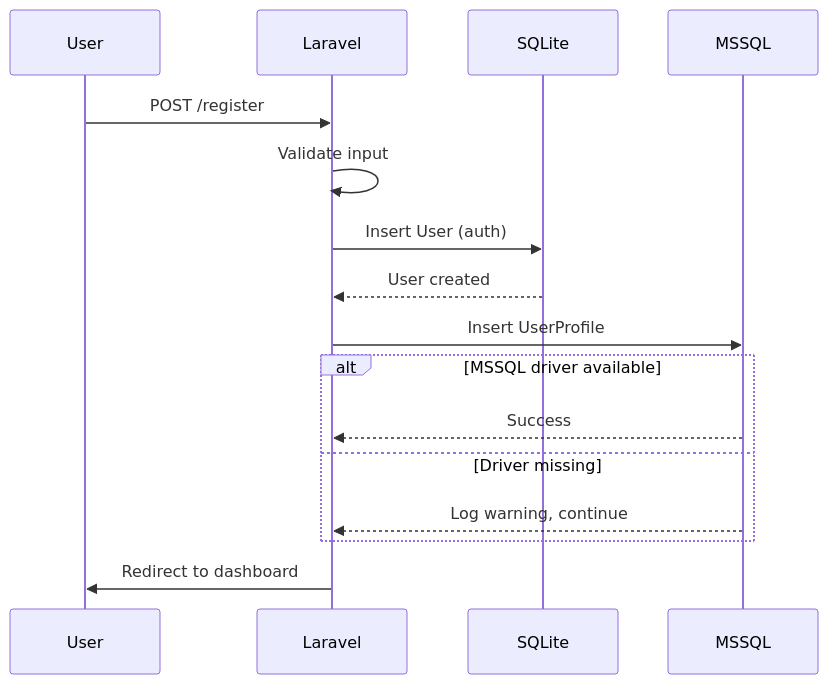
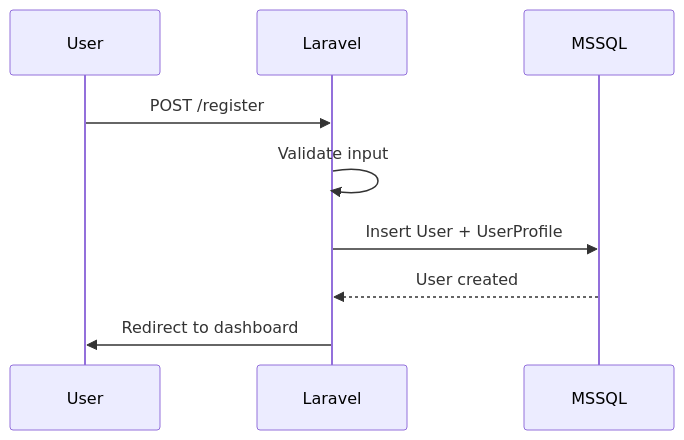
The second of 5 diagrams in docs/ARCHITECTURE.md (Anwar-Barakat/uaeerf), drawn with Mermaid before and after one commit. The commit also changed other lines of this file, not shown here.

First line of the commit message:
docs: update architecture to show MSSQL-only database

````diff
--- a/docs/ARCHITECTURE.md
+++ b/docs/ARCHITECTURE.md
@@ -122,19 +120,12 @@
 ```mermaid
 sequenceDiagram
     participant U as User
     participant L as Laravel
-    participant S as SQLite
     participant M as MSSQL
     
     U->>L: POST /register
     L->>L: Validate input
-    L->>S: Insert User (auth)
-    S-->>L: User created
-    L->>M: Insert UserProfile
-    alt MSSQL driver available
-        M-->>L: Success
-    else Driver missing
-        M-->>L: Log warning, continue
-    end
+    L->>M: Insert User + UserProfile
+    M-->>L: User created
     L->>U: Redirect to dashboard
 ```
````
